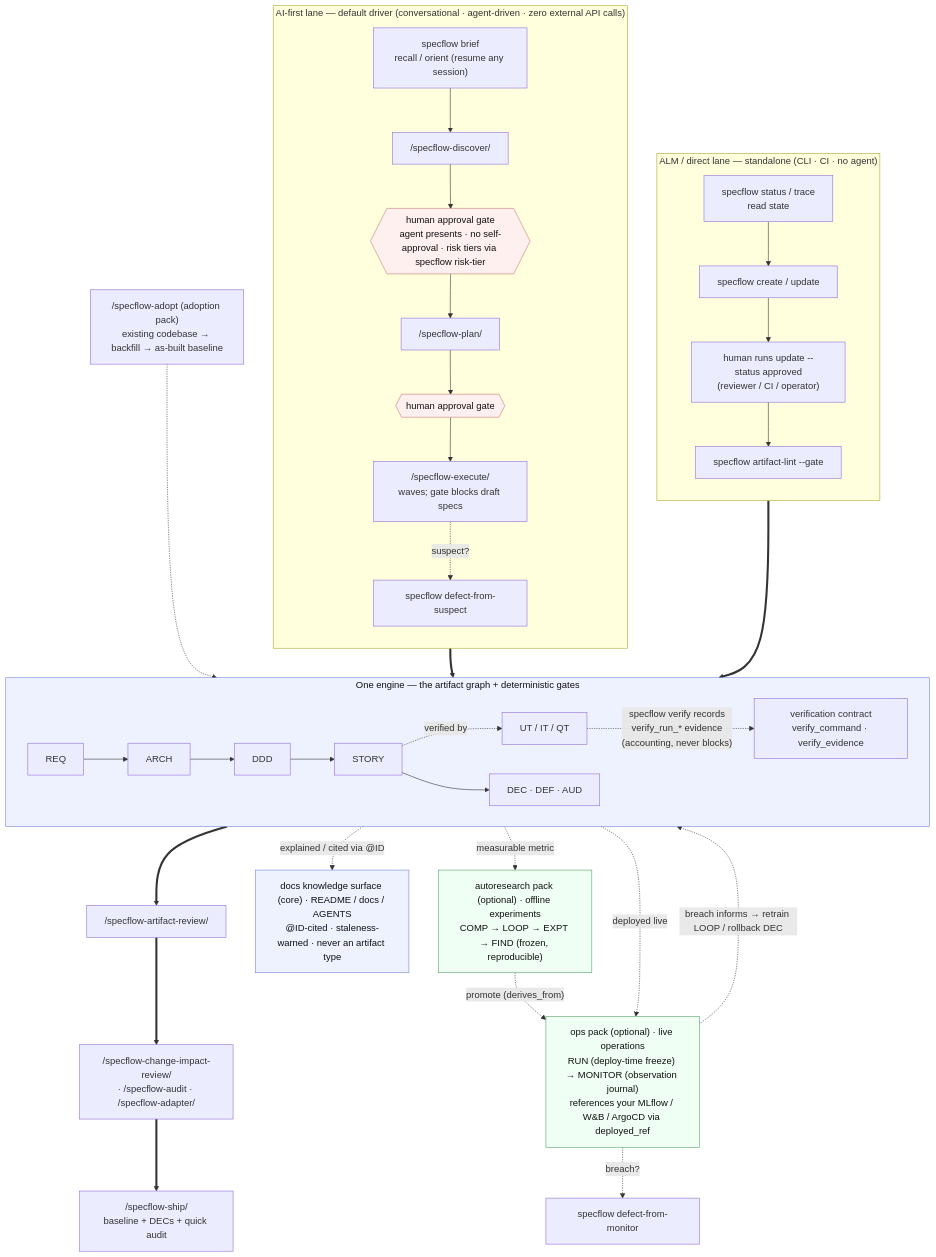
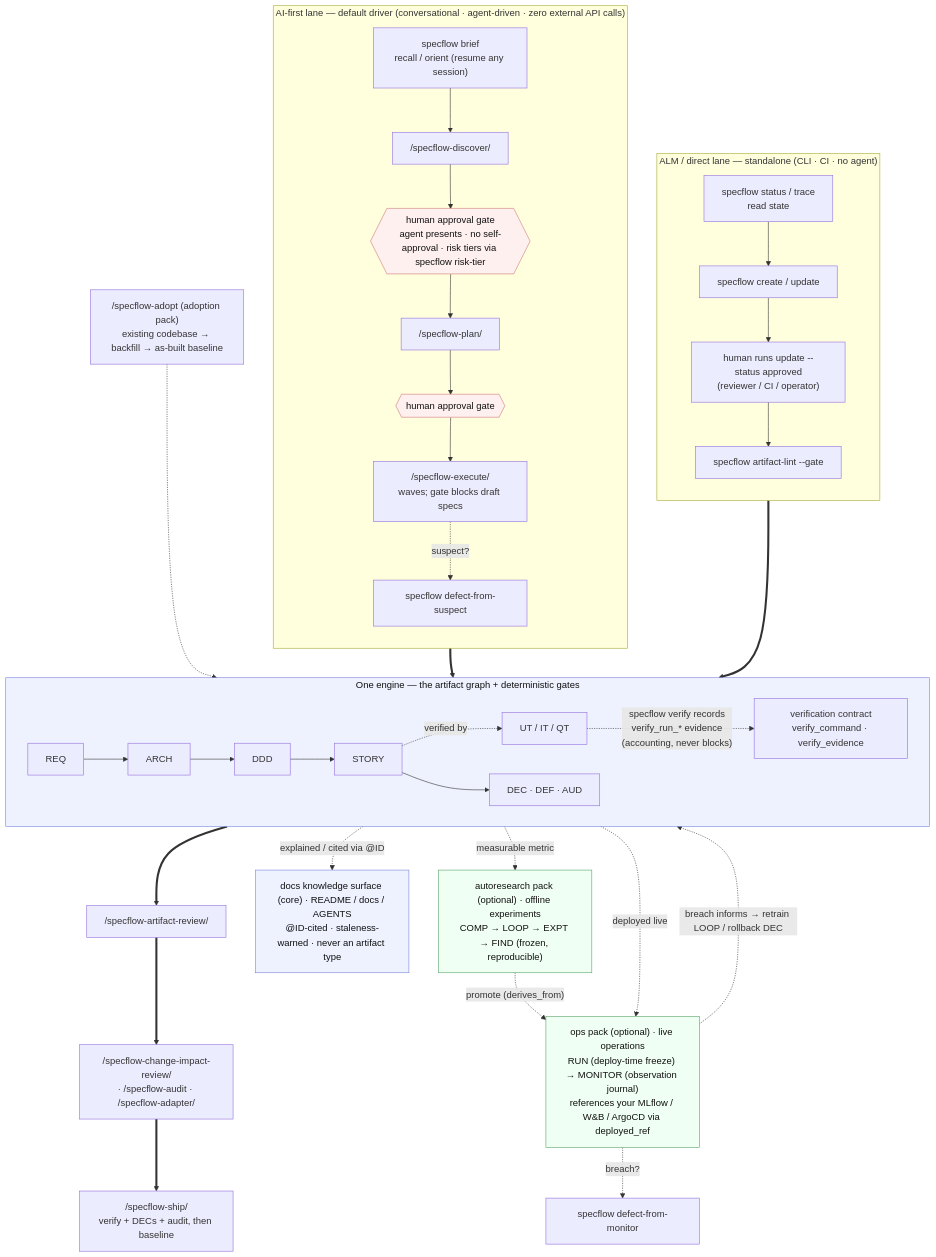
One commit to Longhuiberkeley/specflow changed the diagram in docs/lifecycle.md. Above: the diagram before and after it, drawn with Mermaid. The commit also changed other lines of this file and 428 other files, not shown here.

````diff
--- a/docs/lifecycle.md
+++ b/docs/lifecycle.md
@@ -20,55 +20,55 @@
 ```mermaid
 flowchart TB
     classDef engine fill:#eef2ff,stroke:#7c83db,color:#111;
     classDef gate fill:#fff0f0,stroke:#cc7a7a,color:#111;
     classDef pack fill:#f0fff4,stroke:#5aa56a,color:#111;
 
     subgraph AI["AI-first lane — default driver (conversational · agent-driven · zero external API calls)"]
         direction TB
         BR["specflow brief<br/>recall / orient (resume any session)"] --> AID["/specflow-discover/"]
         AID --> AG1{{"human approval gate<br/>agent presents · no self-approval · risk tiers via specflow risk-tier"}}
         AG1 --> AIP["/specflow-plan/"]
         AIP --> AG2{{"human approval gate"}}
         AG2 --> AIE["/specflow-execute/<br/>waves; gate blocks draft specs"]
         AIE -. "suspect?" .-> DFS["specflow defect-from-suspect"]
     end
 
     subgraph ALM["ALM / direct lane — standalone (CLI · CI · no agent)"]
         direction TB
         ALS["specflow status / trace<br/>read state"] --> ALC["specflow create / update"]
         ALC --> ALG["human runs update --status approved<br/>(reviewer / CI / operator)"]
         ALG --> ALL["specflow artifact-lint --gate"]
     end
 
     subgraph ENG["One engine — the artifact graph + deterministic gates"]
         direction LR
         REQ --> ARCH --> DDD --> STORY
         STORY -. "verified by" .-> TST["UT / IT / QT"]
         TST -. "specflow verify records<br/>verify_run_* evidence<br/>(accounting, never blocks)" .-> VRF["verification contract<br/>verify_command · verify_evidence"]
         STORY --> WRK["DEC · DEF · AUD"]
     end
 
     ADOPT["/specflow-adopt (adoption pack)<br/>existing codebase → backfill → as-built baseline"]
     ADOPT -.-> ENG
     AI ==> ENG
     ALM ==> ENG
     ENG ==> REV["/specflow-artifact-review/"]
     REV ==> NEXT["/specflow-change-impact-review/<br/>· /specflow-audit · /specflow-adapter/"]
-    NEXT ==> SHIP["/specflow-ship/<br/>baseline + DECs + quick audit"]
+    NEXT ==> SHIP["/specflow-ship/<br/>verify + DECs + audit, then baseline"]
 
     DOCS["docs knowledge surface (core) · README / docs / AGENTS<br/>@ID-cited · staleness-warned · never an artifact type"]
     ENG -. "explained / cited via @ID" .-> DOCS
 
     %% Optional pack-activated extensions — not mandatory lanes; the engine works without them.
     RES["autoresearch pack (optional) · offline experiments<br/>COMP → LOOP → EXPT → FIND (frozen, reproducible)"]
     OPS["ops pack (optional) · live operations<br/>RUN (deploy-time freeze) → MONITOR (observation journal)<br/>references your MLflow / W&amp;B / ArgoCD via deployed_ref"]
     ENG -. "measurable metric" .-> RES
     ENG -. "deployed live" .-> OPS
     RES -. "promote (derives_from)" .-> OPS
     OPS -. "breach informs → retrain LOOP / rollback DEC" .-> ENG
     OPS -. "breach?" .-> DFM["specflow defect-from-monitor"]
 
     class ENG,DOCS engine
     class AG1,AG2 gate
     class RES,OPS pack
 ```
````
